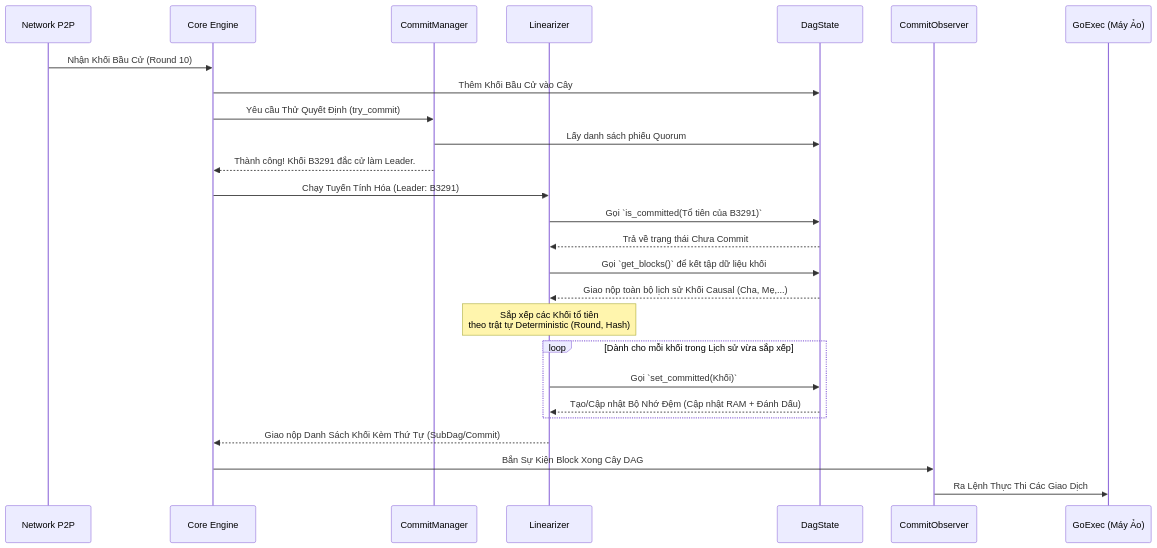
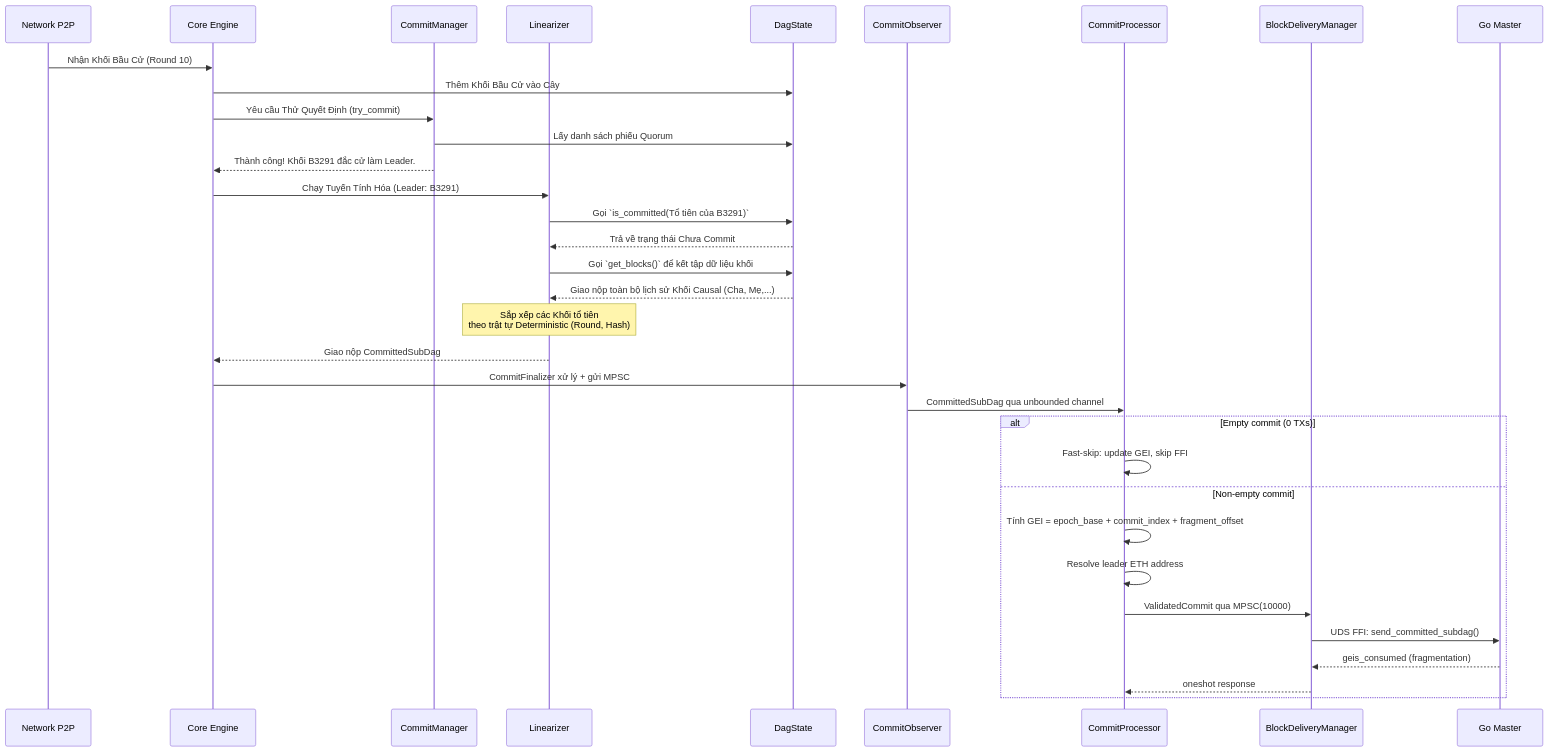
The second of 6 diagrams in consensus/metanode/docs/CONSENSUS_ARCHITECTURE_VN.md (x3pi/metanode), drawn with Mermaid before and after one commit. The commit also changed other lines of this file and 13 other files, not shown here.

````diff
--- a/consensus/metanode/docs/CONSENSUS_ARCHITECTURE_VN.md
+++ b/consensus/metanode/docs/CONSENSUS_ARCHITECTURE_VN.md
@@ -93,34 +145,43 @@
 ```mermaid
 sequenceDiagram
     participant P2P as Network P2P
     participant Core as Core Engine
     participant CM as CommitManager
     participant Lin as Linearizer
     participant DAG as DagState
     participant Obs as CommitObserver
+    participant Proc as CommitProcessor
+    participant Dlv as BlockDeliveryManager
+    participant Go as Go Master
 
     P2P->>Core: Nhận Khối Bầu Cử (Round 10)
     Core->>DAG: Thêm Khối Bầu Cử vào Cây
     Core->>CM: Yêu cầu Thử Quyết Định (try_commit)
     CM->>DAG: Lấy danh sách phiếu Quorum
     CM-->>Core: Thành công! Khối B3291 đắc cử làm Leader.
     
     Core->>Lin: Chạy Tuyến Tính Hóa (Leader: B3291)
     
     Lin->>DAG: Gọi `is_committed(Tổ tiên của B3291)`
     DAG-->>Lin: Trả về trạng thái Chưa Commit
     
     Lin->>DAG: Gọi `get_blocks()` để kết tập dữ liệu khối
     DAG-->>Lin: Giao nộp toàn bộ lịch sử Khối Causal (Cha, Mẹ,...)
     
     note over Lin: Sắp xếp các Khối tổ tiên<br/>theo trật tự Deterministic (Round, Hash)
     
-    loop Dành cho mỗi khối trong Lịch sử vừa sắp xếp
-        Lin->>DAG: Gọi `set_committed(Khối)`
-        DAG-->>Lin: Tạo/Cập nhật Bộ Nhớ Đệm (Cập nhật RAM + Đánh Dấu)
+    Lin-->>Core: Giao nộp CommittedSubDag
+    Core->>Obs: CommitFinalizer xử lý + gửi MPSC
+    Obs->>Proc: CommittedSubDag qua unbounded channel
+    
+    alt Empty commit (0 TXs)
+        Proc->>Proc: Fast-skip: update GEI, skip FFI
+    else Non-empty commit  
+        Proc->>Proc: Tính GEI = epoch_base + commit_index + fragment_offset
+        Proc->>Proc: Resolve leader ETH address
+        Proc->>Dlv: ValidatedCommit qua MPSC(10000)
+        Dlv->>Go: UDS FFI: send_committed_subdag()
+        Go-->>Dlv: geis_consumed (fragmentation)
+        Dlv-->>Proc: oneshot response
     end
-    
-    Lin-->>Core: Giao nộp Danh Sách Khối Kèm Thứ Tự (SubDag/Commit)
-    Core->>Obs: Bắn Sự Kiện Block Xong Cây DAG
-    Obs->>GoExec (Máy Ảo): Ra Lệnh Thực Thi Các Giao Dịch
 ```
````
